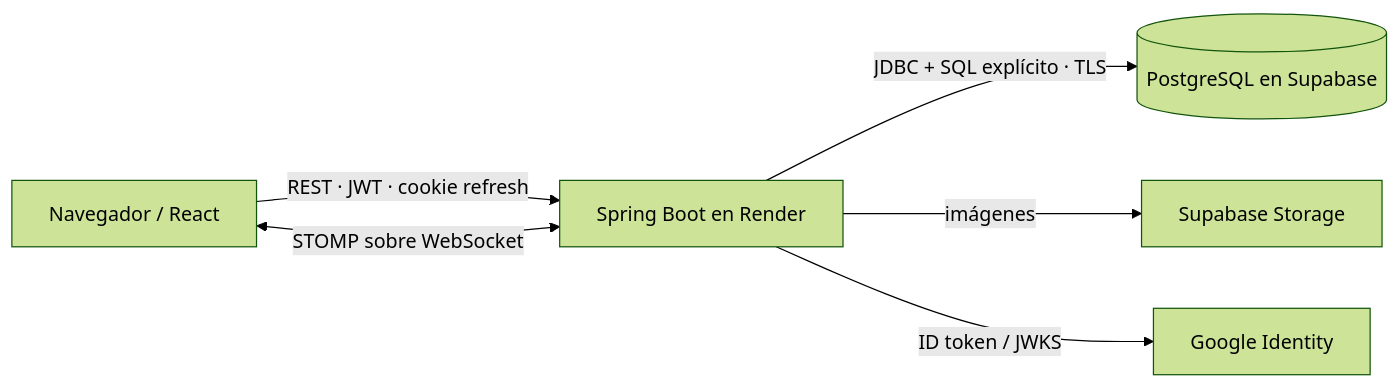
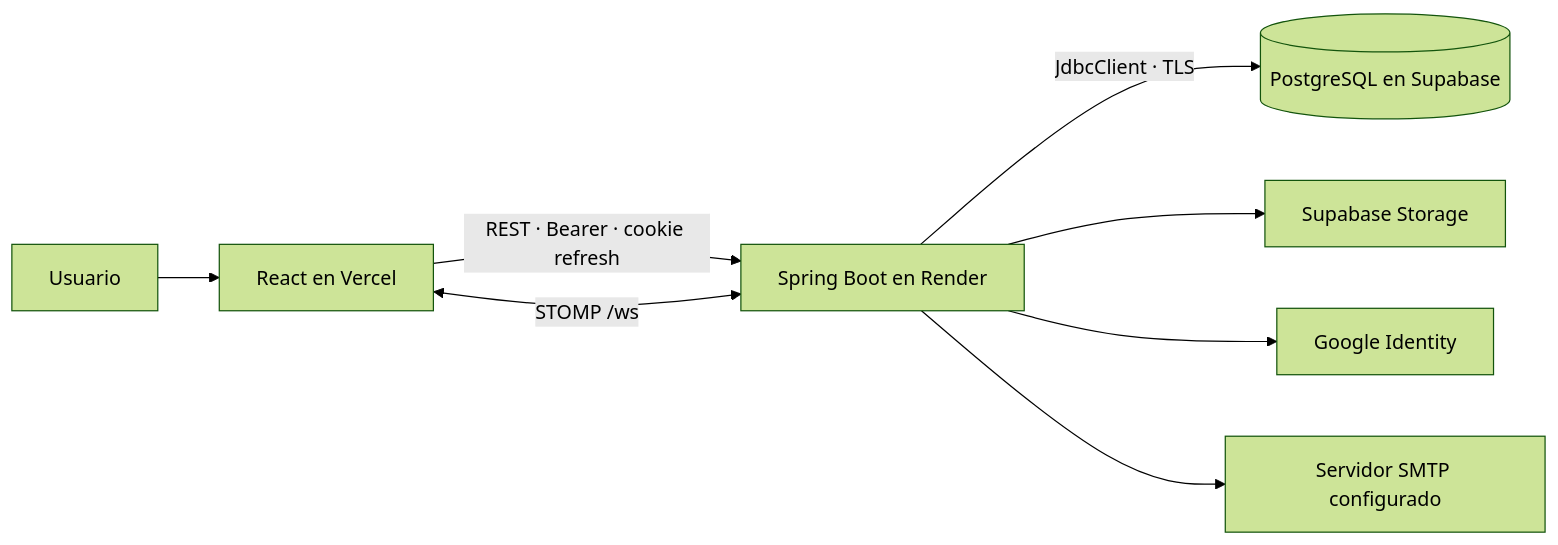
The second of 2 diagrams in README.md (lisudea/technical-test-2026-2), drawn with Mermaid (forest theme) before and after one commit. The commit also changed other lines of this file and 10 other files, not shown here.

````diff
--- a/README.md
+++ b/README.md
@@ -53,8 +106,10 @@
 ```mermaid
 flowchart LR
-  Browser[Navegador / React] -->|REST · JWT · cookie refresh| API[Spring Boot en Render]
-  Browser <-->|STOMP sobre WebSocket| API
-  API -->|JDBC + SQL explícito · TLS| PG[(PostgreSQL en Supabase)]
-  API -->|imágenes| Storage[Supabase Storage]
-  API -->|ID token / JWKS| Google[Google Identity]
+  User[Usuario] --> FE[React en Vercel]
+  FE -->|REST · Bearer · cookie refresh| API[Spring Boot en Render]
+  FE <-->|STOMP /ws| API
+  API -->|JdbcClient · TLS| DB[(PostgreSQL en Supabase)]
+  API --> Storage[Supabase Storage]
+  API --> Google[Google Identity]
+  API --> Mail[Servidor SMTP configurado]
 ```
````
